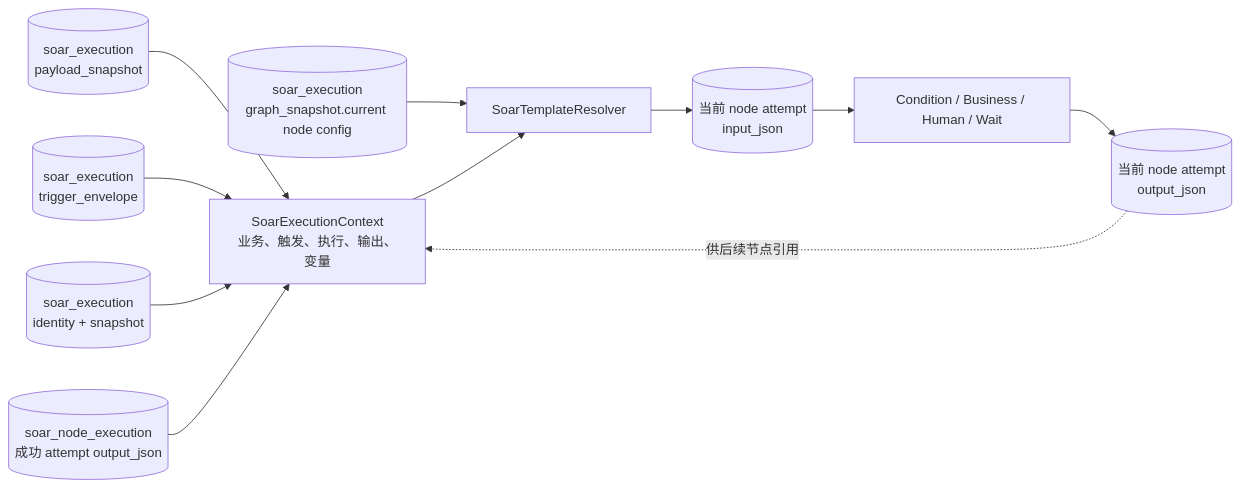
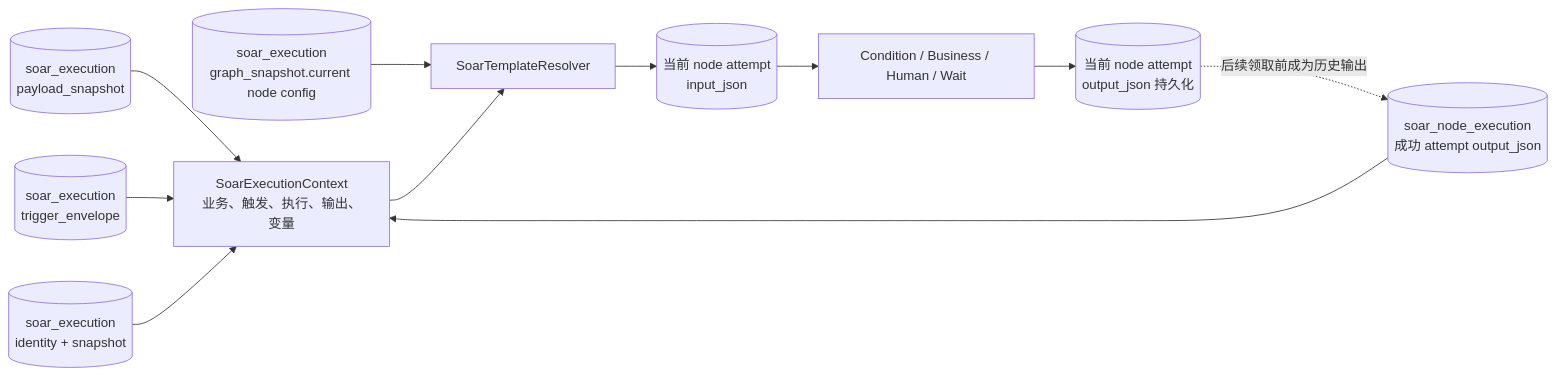
Before and after one commit to xsc683/HISIEM: the fifth of 7 diagrams in docs/design/soar-runtime-architecture.md, drawn with Mermaid. The commit also changed other lines of this file and 44 other files, not shown here.

Commit message:
fix: harden runtime reliability and sync architecture docs

````diff
--- a/docs/design/soar-runtime-architecture.md
+++ b/docs/design/soar-runtime-architecture.md
@@ -235,24 +251,24 @@
 ```mermaid
 flowchart LR
     PAYLOAD[("soar_execution\npayload_snapshot")]
     TRIGGER[("soar_execution\ntrigger_envelope")]
     EXECUTION[("soar_execution\nidentity + snapshot")]
     OUTPUTS[("soar_node_execution\n成功 attempt output_json")]
     GRAPH[("soar_execution\ngraph_snapshot.current node config")]
     CTX["SoarExecutionContext\n业务、触发、执行、输出、变量"]
     RESOLVER["SoarTemplateResolver"]
     INPUT[("当前 node attempt\ninput_json")]
     HANDLER["Condition / Business / Human / Wait"]
-    OUTPUT[("当前 node attempt\noutput_json")]
+    OUTPUT[("当前 node attempt\noutput_json 持久化")]
 
     PAYLOAD --> CTX
     TRIGGER --> CTX
     EXECUTION --> CTX
     OUTPUTS --> CTX
     GRAPH --> RESOLVER
     CTX --> RESOLVER
     RESOLVER --> INPUT
     INPUT --> HANDLER
     HANDLER --> OUTPUT
-    OUTPUT -.->|"供后续节点引用"| CTX
+    OUTPUT -.->|"后续领取前成为历史输出"| OUTPUTS
 ```
````
